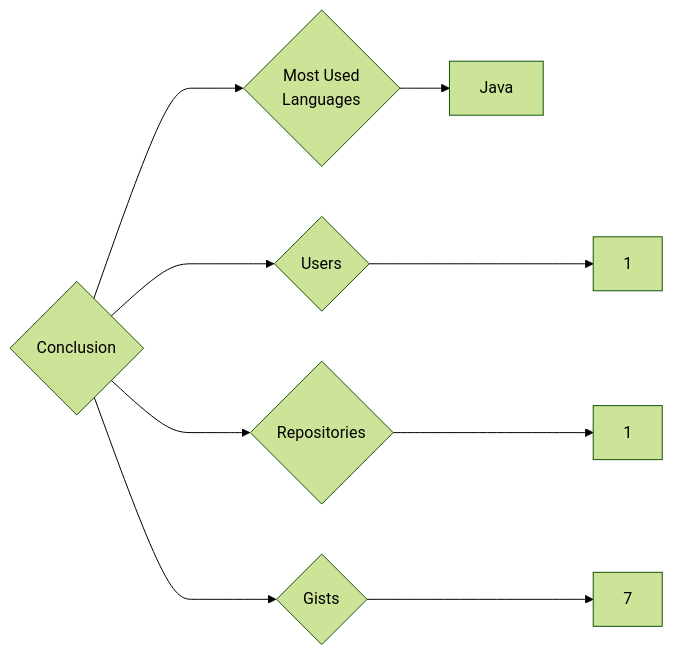
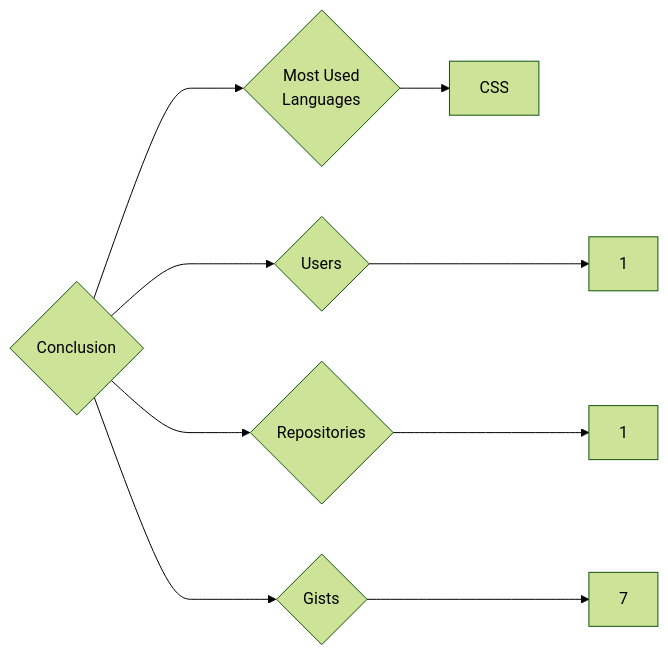
Before and after one commit to trickest/insiders: the diagram in targets/Conclusion/README.md, drawn with Mermaid (forest theme). The commit also changed 782 other files, not shown here.

````diff
--- a/targets/Conclusion/README.md
+++ b/targets/Conclusion/README.md
@@ -3,9 +3,9 @@
 ```mermaid
 graph LR
 COMPANY_NAME{Conclusion}
 COMPANY_NAME ---> U{Users} ---> UN[1]
 COMPANY_NAME ---> R{Repositories} ---> RN[1]
 COMPANY_NAME ---> G{Gists} ---> GN[7]
 COMPANY_NAME ---> ML{Most Used<br>Languages}
-ML --> Java[Java]
+ML --> CSS[CSS]
 ```
````
